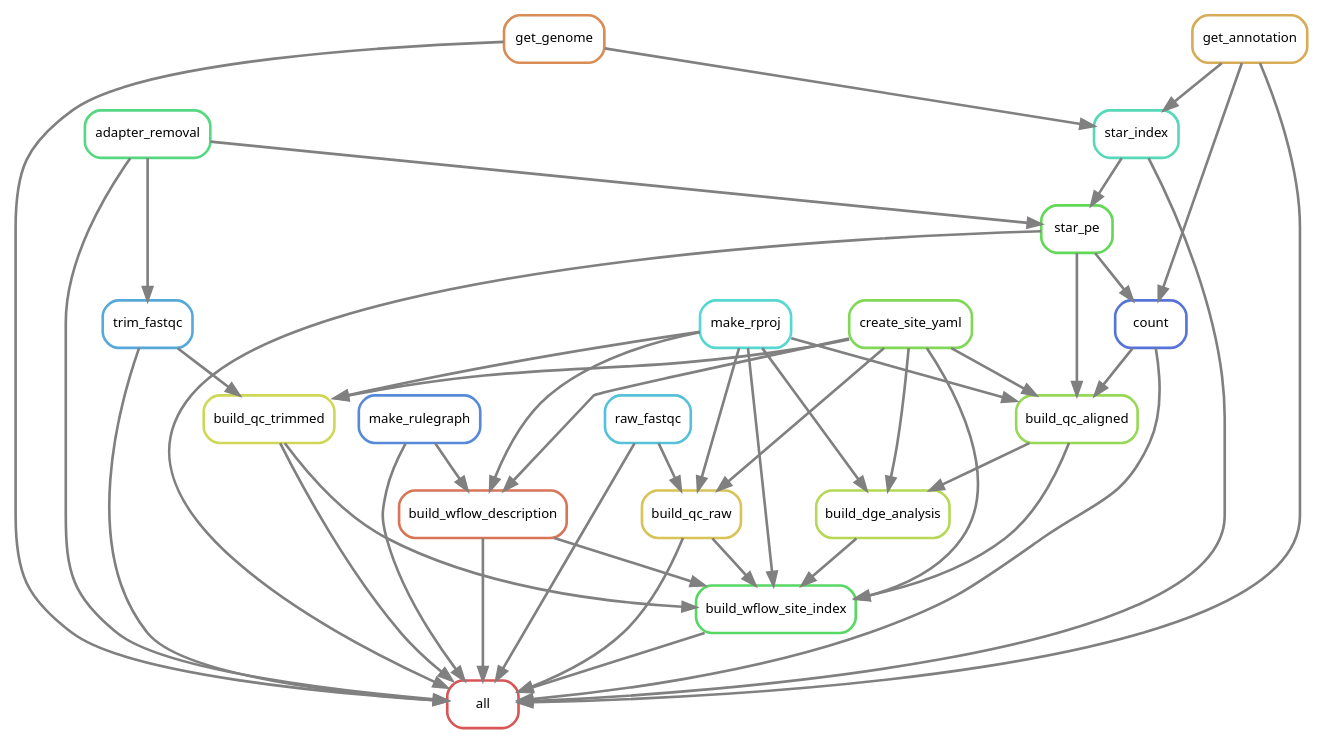
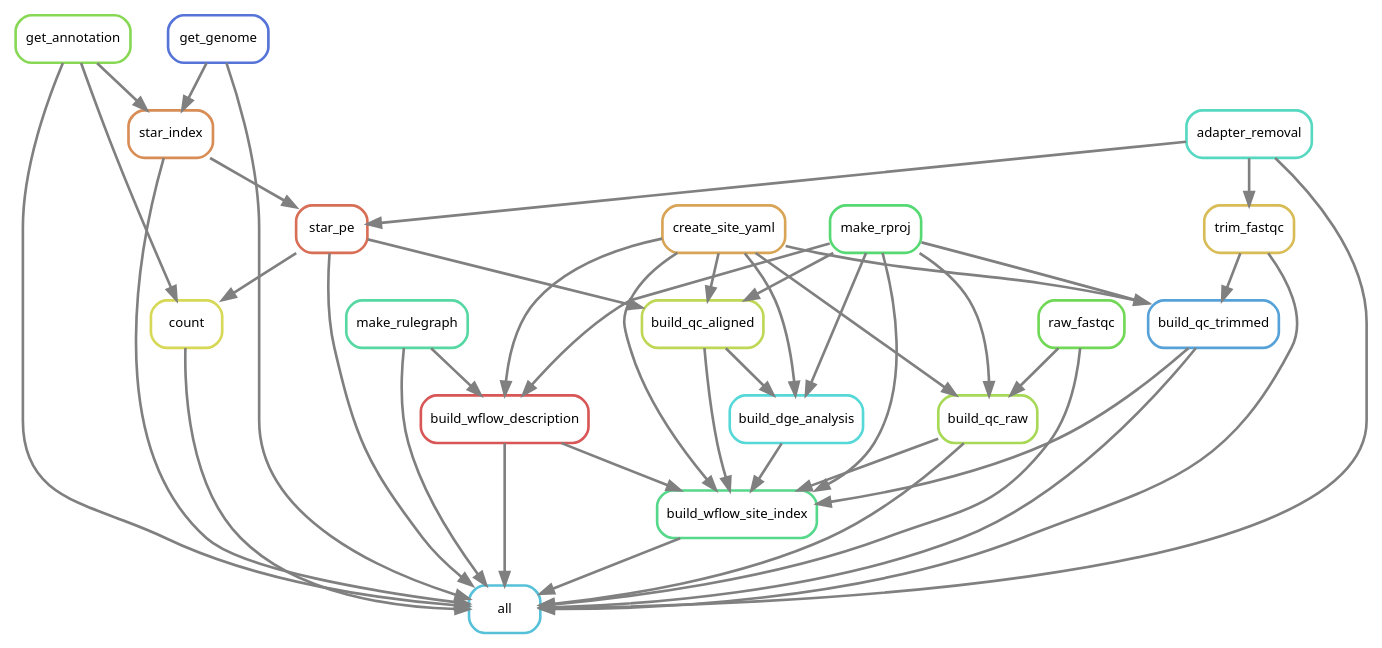
The diagram in rules/rulegraph.dot (DRMCRL/T47D_ZR75_DHT_StrippedSerum_RNASeq), drawn with Graphviz before and after one commit. The commit also changed 1 other file, not shown here.

Commit message:
Updated rulegraph

```diff
--- a/rules/rulegraph.dot
+++ b/rules/rulegraph.dot
@@ -1,66 +1,65 @@
 digraph snakemake_dag {
     graph[bgcolor=white, margin=0];
     node[shape=box, style=rounded, fontname=sans,                 fontsize=10, penwidth=2];
     edge[penwidth=2, color=grey];
-	0[label = "all", color = "0.00 0.6 0.85", style="rounded"];
-	1[label = "raw_fastqc", color = "0.53 0.6 0.85", style="rounded"];
-	2[label = "trim_fastqc", color = "0.56 0.6 0.85", style="rounded"];
-	3[label = "star_pe", color = "0.32 0.6 0.85", style="rounded"];
-	4[label = "adapter_removal", color = "0.39 0.6 0.85", style="rounded"];
-	5[label = "build_wflow_description", color = "0.04 0.6 0.85", style="rounded"];
-	6[label = "get_annotation", color = "0.11 0.6 0.85", style="rounded"];
-	7[label = "star_index", color = "0.46 0.6 0.85", style="rounded"];
-	8[label = "build_qc_trimmed", color = "0.18 0.6 0.85", style="rounded"];
-	9[label = "get_genome", color = "0.07 0.6 0.85", style="rounded"];
-	10[label = "make_rulegraph", color = "0.60 0.6 0.85", style="rounded"];
-	11[label = "build_wflow_site_index", color = "0.35 0.6 0.85", style="rounded"];
-	12[label = "count", color = "0.63 0.6 0.85", style="rounded"];
-	13[label = "build_qc_raw", color = "0.14 0.6 0.85", style="rounded"];
-	14[label = "create_site_yaml", color = "0.28 0.6 0.85", style="rounded"];
-	15[label = "make_rproj", color = "0.49 0.6 0.85", style="rounded"];
-	16[label = "build_qc_aligned", color = "0.25 0.6 0.85", style="rounded"];
-	17[label = "build_dge_analysis", color = "0.21 0.6 0.85", style="rounded"];
-	5 -> 0
-	13 -> 0
-	8 -> 0
-	6 -> 0
-	9 -> 0
-	11 -> 0
-	3 -> 0
-	2 -> 0
+	0[label = "all", color = "0.53 0.6 0.85", style="rounded"];
+	1[label = "star_pe", color = "0.03 0.6 0.85", style="rounded"];
+	2[label = "count", color = "0.17 0.6 0.85", style="rounded"];
+	3[label = "raw_fastqc", color = "0.30 0.6 0.85", style="rounded"];
+	4[label = "adapter_removal", color = "0.47 0.6 0.85", style="rounded"];
+	5[label = "trim_fastqc", color = "0.13 0.6 0.85", style="rounded"];
+	6[label = "get_annotation", color = "0.27 0.6 0.85", style="rounded"];
+	7[label = "build_wflow_description", color = "0.00 0.6 0.85", style="rounded"];
+	8[label = "build_qc_raw", color = "0.23 0.6 0.85", style="rounded"];
+	9[label = "build_wflow_site_index", color = "0.40 0.6 0.85", style="rounded"];
+	10[label = "make_rulegraph", color = "0.43 0.6 0.85", style="rounded"];
+	11[label = "get_genome", color = "0.63 0.6 0.85", style="rounded"];
+	12[label = "build_qc_trimmed", color = "0.57 0.6 0.85", style="rounded"];
+	13[label = "star_index", color = "0.07 0.6 0.85", style="rounded"];
+	14[label = "make_rproj", color = "0.37 0.6 0.85", style="rounded"];
+	15[label = "create_site_yaml", color = "0.10 0.6 0.85", style="rounded"];
+	16[label = "build_qc_aligned", color = "0.20 0.6 0.85", style="rounded"];
+	17[label = "build_dge_analysis", color = "0.50 0.6 0.85", style="rounded"];
 	7 -> 0
 	1 -> 0
+	13 -> 0
+	2 -> 0
+	5 -> 0
+	6 -> 0
+	3 -> 0
+	9 -> 0
 	4 -> 0
 	10 -> 0
 	12 -> 0
-	4 -> 2
-	7 -> 3
-	4 -> 3
-	14 -> 5
-	15 -> 5
-	10 -> 5
-	9 -> 7
-	6 -> 7
+	8 -> 0
+	11 -> 0
+	13 -> 1
+	4 -> 1
+	6 -> 2
+	1 -> 2
+	4 -> 5
+	14 -> 7
+	15 -> 7
+	10 -> 7
+	3 -> 8
+	15 -> 8
 	14 -> 8
-	2 -> 8
-	15 -> 8
-	5 -> 11
-	13 -> 11
-	8 -> 11
-	17 -> 11
-	16 -> 11
-	14 -> 11
-	15 -> 11
-	3 -> 12
-	6 -> 12
-	14 -> 13
-	15 -> 13
-	1 -> 13
+	7 -> 9
+	15 -> 9
+	16 -> 9
+	14 -> 9
+	17 -> 9
+	8 -> 9
+	12 -> 9
+	14 -> 12
+	15 -> 12
+	5 -> 12
+	6 -> 13
+	11 -> 13
 	14 -> 16
-	3 -> 16
+	1 -> 16
 	15 -> 16
-	12 -> 16
+	16 -> 17
 	14 -> 17
 	15 -> 17
-	16 -> 17
 }            
```
